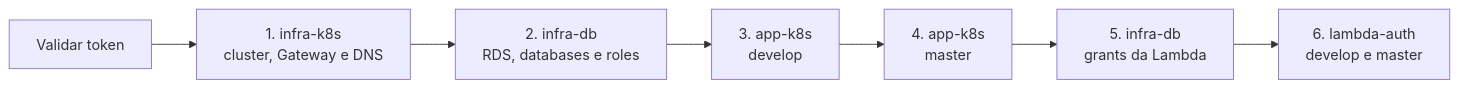
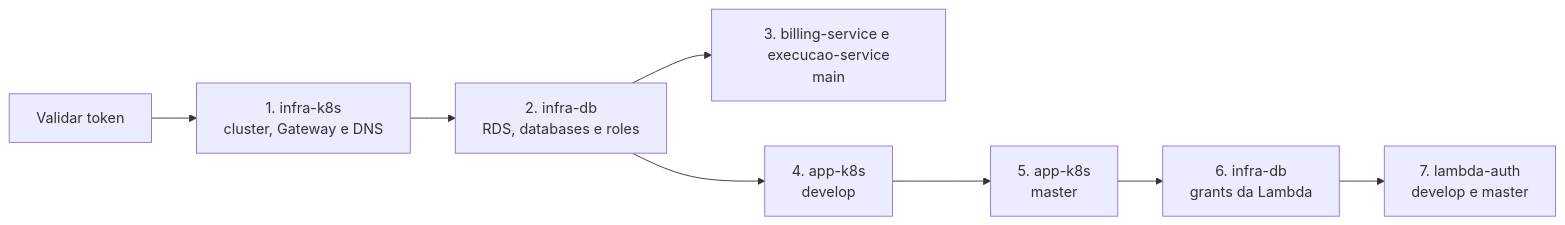
The second of 3 diagrams in README.md (euthribeiro/infra-k8s), drawn with Mermaid before and after one commit. The commit also changed other lines of this file and 2 other files, not shown here.

Commit message:
feat: inclui billing e execucao nos orquestradores

````diff
--- a/README.md
+++ b/README.md
@@ -204,9 +204,10 @@
 ```mermaid
 flowchart LR
     V["Validar token"] --> K["1. infra-k8s<br/>cluster, Gateway e DNS"]
     K --> D["2. infra-db<br/>RDS, databases e roles"]
-    D --> H["3. app-k8s<br/>develop"]
-    H --> P["4. app-k8s<br/>master"]
-    P --> G["5. infra-db<br/>grants da Lambda"]
-    G --> L["6. lambda-auth<br/>develop e master"]
+    D --> S["3. billing-service e execucao-service<br/>main"]
+    D --> H["4. app-k8s<br/>develop"]
+    H --> P["5. app-k8s<br/>master"]
+    P --> G["6. infra-db<br/>grants da Lambda"]
+    G --> L["7. lambda-auth<br/>develop e master"]
 ```
````
